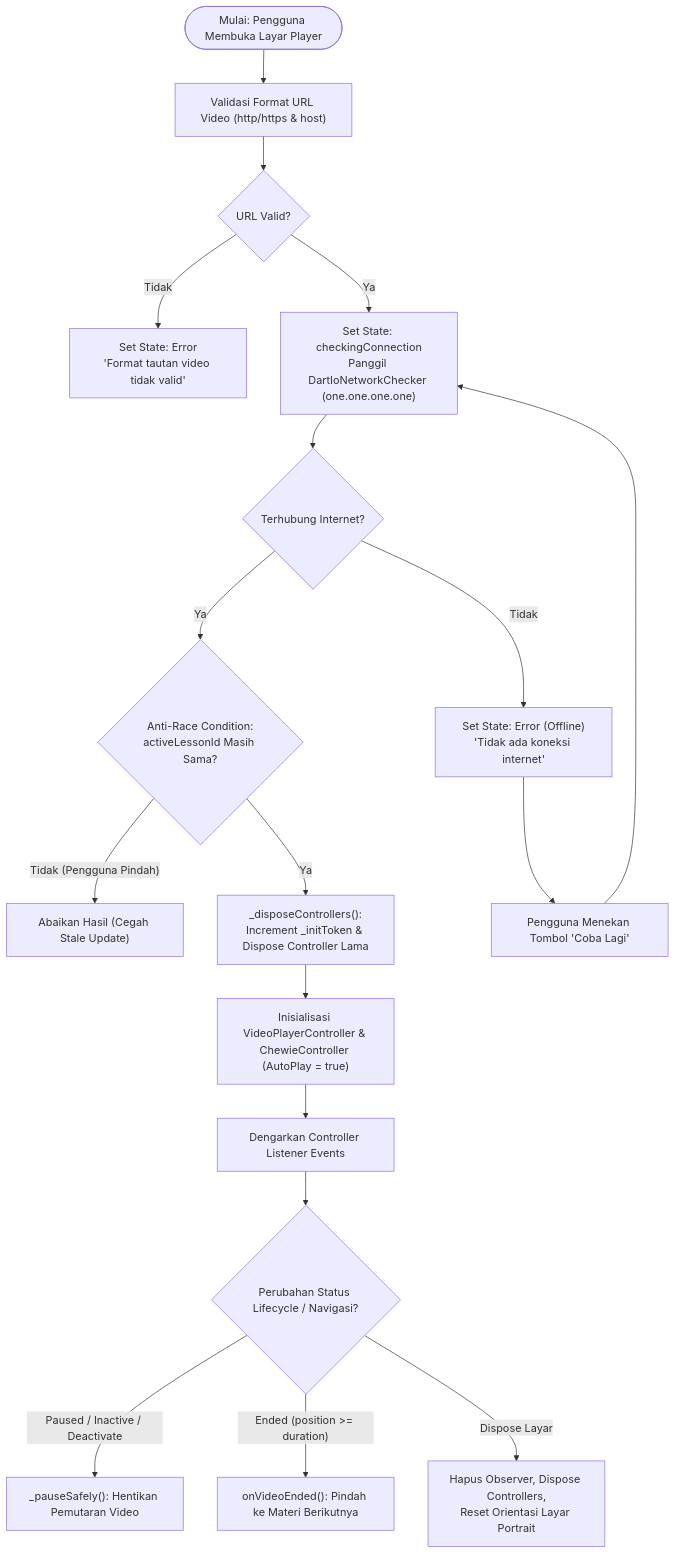
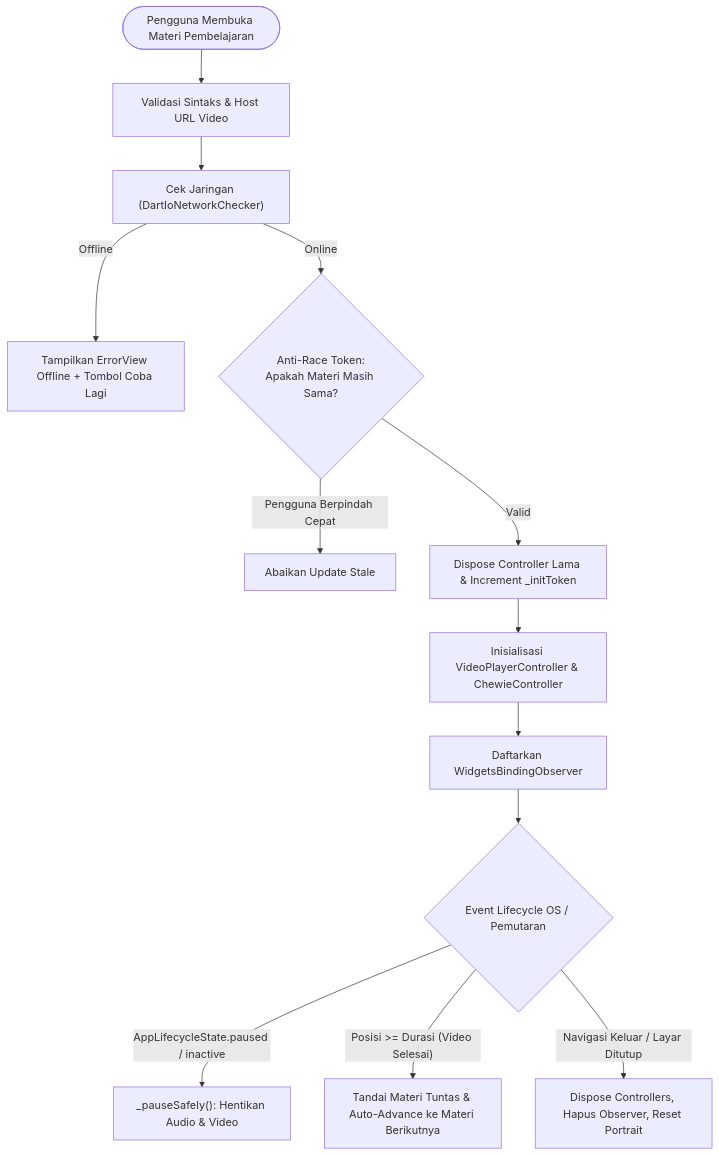
The third of 3 diagrams in README.md (daudsutanssyah/e-learning-platform), drawn with Mermaid before and after one commit. The commit also changed other lines of this file and 8 other files, not shown here.

````diff
--- a/README.md
+++ b/README.md
@@ -188,27 +342,19 @@
 ```mermaid
 flowchart TD
-    Start(["Mulai: Pengguna Membuka Layar Player"]) --> ValidateUrl["Validasi Format URL Video (http/https & host)"]
+    Init(["Pengguna Membuka Materi Pembelajaran"]) --> GuardURL["Validasi Sintaks & Host URL Video"]
+    GuardURL --> NetCheck["Cek Jaringan (DartIoNetworkChecker)"]
     
-    ValidateUrl --> IsValid{"URL Valid?"}
-    IsValid -- "Tidak" --> ErrorInvalid["Set State: Error\n'Format tautan video tidak valid'"]
+    NetCheck -- "Offline" --> ShowOffline["Tampilkan ErrorView Offline + Tombol Coba Lagi"]
+    NetCheck -- "Online" --> CheckToken{"Anti-Race Token:\nApakah Materi Masih Sama?"}
     
-    IsValid -- "Ya" --> CheckNet["Set State: checkingConnection\nPanggil DartIoNetworkChecker (one.one.one.one)"]
+    CheckToken -- "Pengguna Berpindah Cepat" --> Drop["Abaikan Update Stale"]
+    CheckToken -- "Valid" --> DisposeOld["Dispose Controller Lama & Increment _initToken"]
     
-    CheckNet --> HasInternet{"Terhubung Internet?"}
-    HasInternet -- "Tidak" --> ErrorOffline["Set State: Error (Offline)\n'Tidak ada koneksi internet'"]
+    DisposeOld --> BuildPlayer["Inisialisasi VideoPlayerController & ChewieController"]
+    BuildPlayer --> RegisterObserver["Daftarkan WidgetsBindingObserver"]
     
-    HasInternet -- "Ya" --> RaceCheck{"Anti-Race Condition:\nactiveLessonId Masih Sama?"}
-    RaceCheck -- "Tidak (Pengguna Pindah)" --> Discard["Abaikan Hasil (Cegah Stale Update)"]
-    
-    RaceCheck -- "Ya" --> DisposeOld["_disposeControllers():\nIncrement _initToken & Dispose Controller Lama"]
-    DisposeOld --> CreateCtrl["Inisialisasi VideoPlayerController & ChewieController (AutoPlay = true)"]
-    CreateCtrl --> ListenStream["Dengarkan Controller Listener Events"]
-    
-    ListenStream --> AppStateCheck{"Perubahan Status Lifecycle / Navigasi?"}
-    AppStateCheck -- "Paused / Inactive / Deactivate" --> PauseVideo["_pauseSafely(): Hentikan Pemutaran Video"]
-    AppStateCheck -- "Ended (position >= duration)" --> AutoNext["onVideoEnded(): Pindah ke Materi Berikutnya"]
-    AppStateCheck -- "Dispose Layar" --> CleanUp["Hapus Observer, Dispose Controllers,\nReset Orientasi Layar Portrait"]
-    
-    ErrorOffline --> RetryBtn["Pengguna Menekan Tombol 'Coba Lagi'"]
-    RetryBtn --> CheckNet
+    RegisterObserver --> LifecycleEvents{"Event Lifecycle OS / Pemutaran"}
+    LifecycleEvents -- "AppLifecycleState.paused / inactive" --> AutoPause["_pauseSafely(): Hentikan Audio & Video"]
+    LifecycleEvents -- "Posisi >= Durasi (Video Selesai)" --> MarkComplete["Tandai Materi Tuntas & Auto-Advance ke Materi Berikutnya"]
+    LifecycleEvents -- "Navigasi Keluar / Layar Ditutup" --> FullDispose["Dispose Controllers, Hapus Observer, Reset Portrait"]
 ```
````
